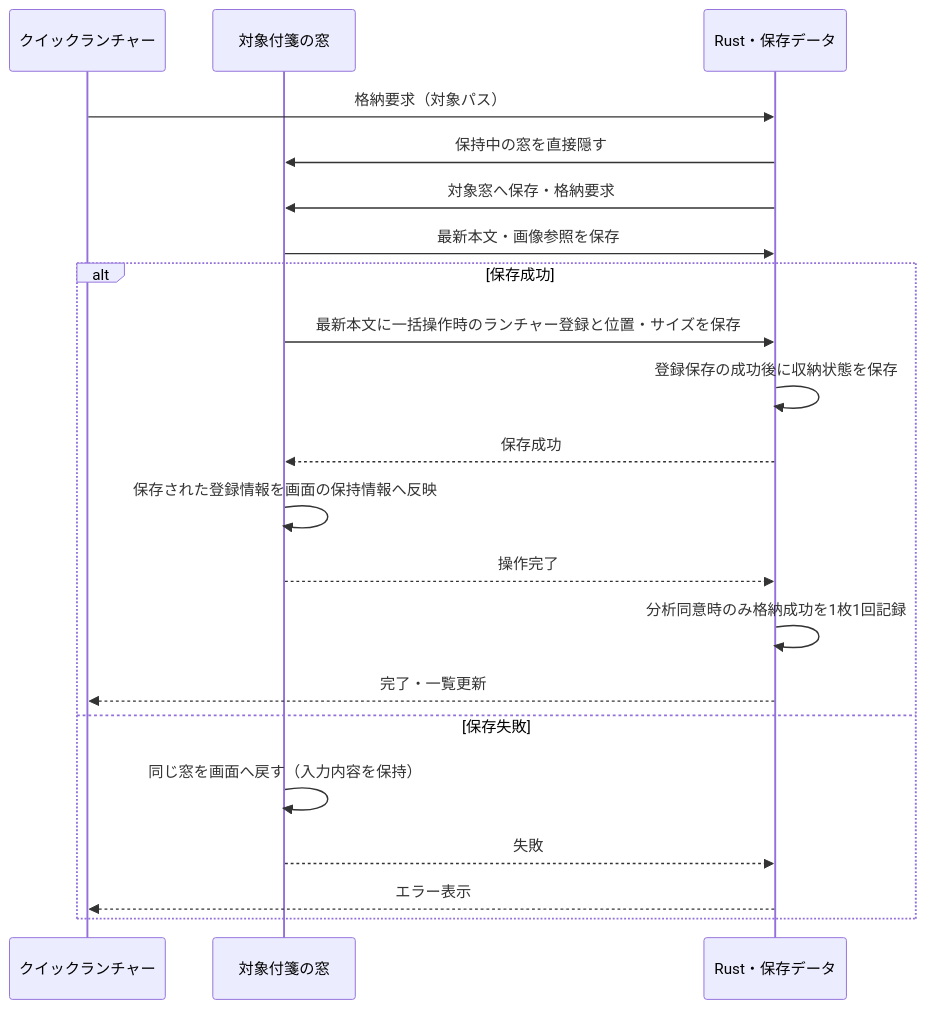
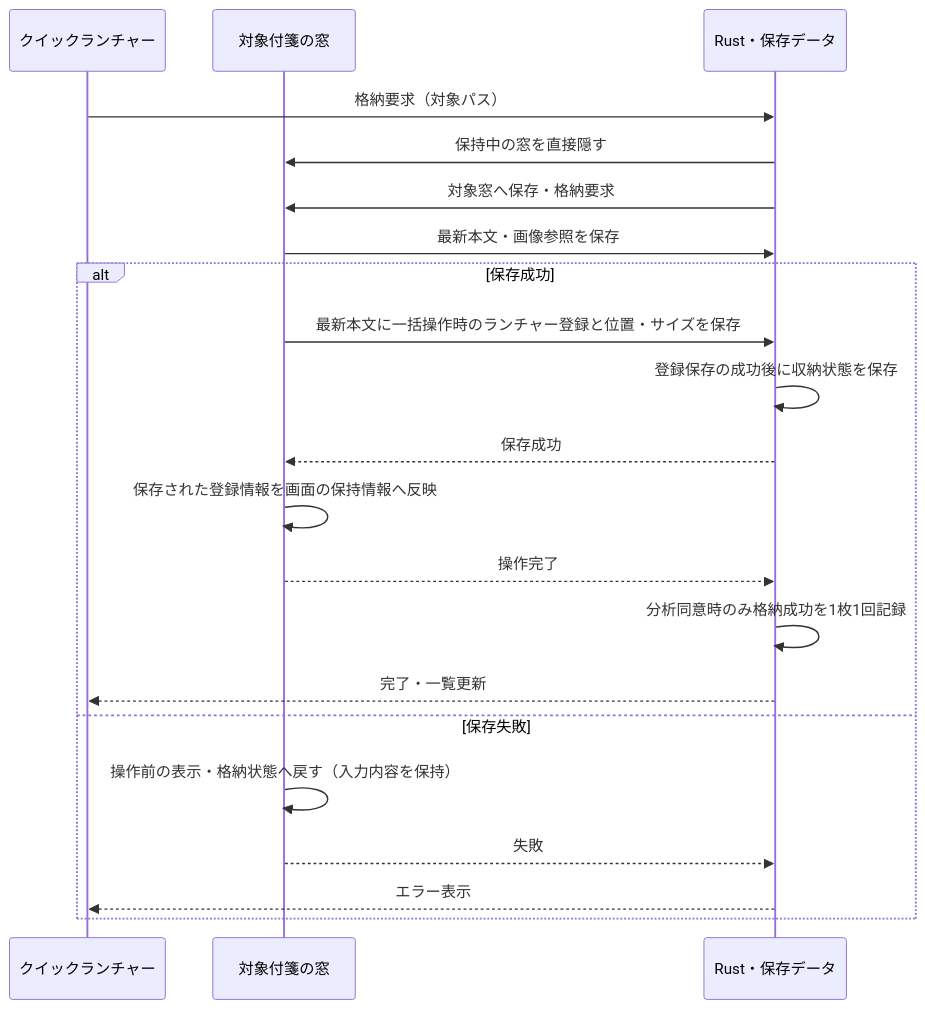
Diagram 20 of 24 in docs-v2/002_PC.md (ore-no-fusen/ore-no-fusen), drawn with Mermaid before and after one commit. The commit also changed other lines of this file and 37 other files, not shown here.

````diff
--- a/docs-v2/002_PC.md
+++ b/docs-v2/002_PC.md
@@ -1721,23 +1844,23 @@
 ```mermaid
 sequenceDiagram
     participant L as クイックランチャー
     participant N as 対象付箋の窓
     participant R as Rust・保存データ
     L->>R: 格納要求（対象パス）
     R->>N: 保持中の窓を直接隠す
     R->>N: 対象窓へ保存・格納要求
     N->>R: 最新本文・画像参照を保存
     alt 保存成功
         N->>R: 最新本文に一括操作時のランチャー登録と位置・サイズを保存
         R->>R: 登録保存の成功後に収納状態を保存
         R-->>N: 保存成功
         N->>N: 保存された登録情報を画面の保持情報へ反映
         N-->>R: 操作完了
         R->>R: 分析同意時のみ格納成功を1枚1回記録
         R-->>L: 完了・一覧更新
     else 保存失敗
-        N->>N: 同じ窓を画面へ戻す（入力内容を保持）
+        N->>N: 操作前の表示・格納状態へ戻す（入力内容を保持）
         N-->>R: 失敗
         R-->>L: エラー表示
     end
 ```
````
